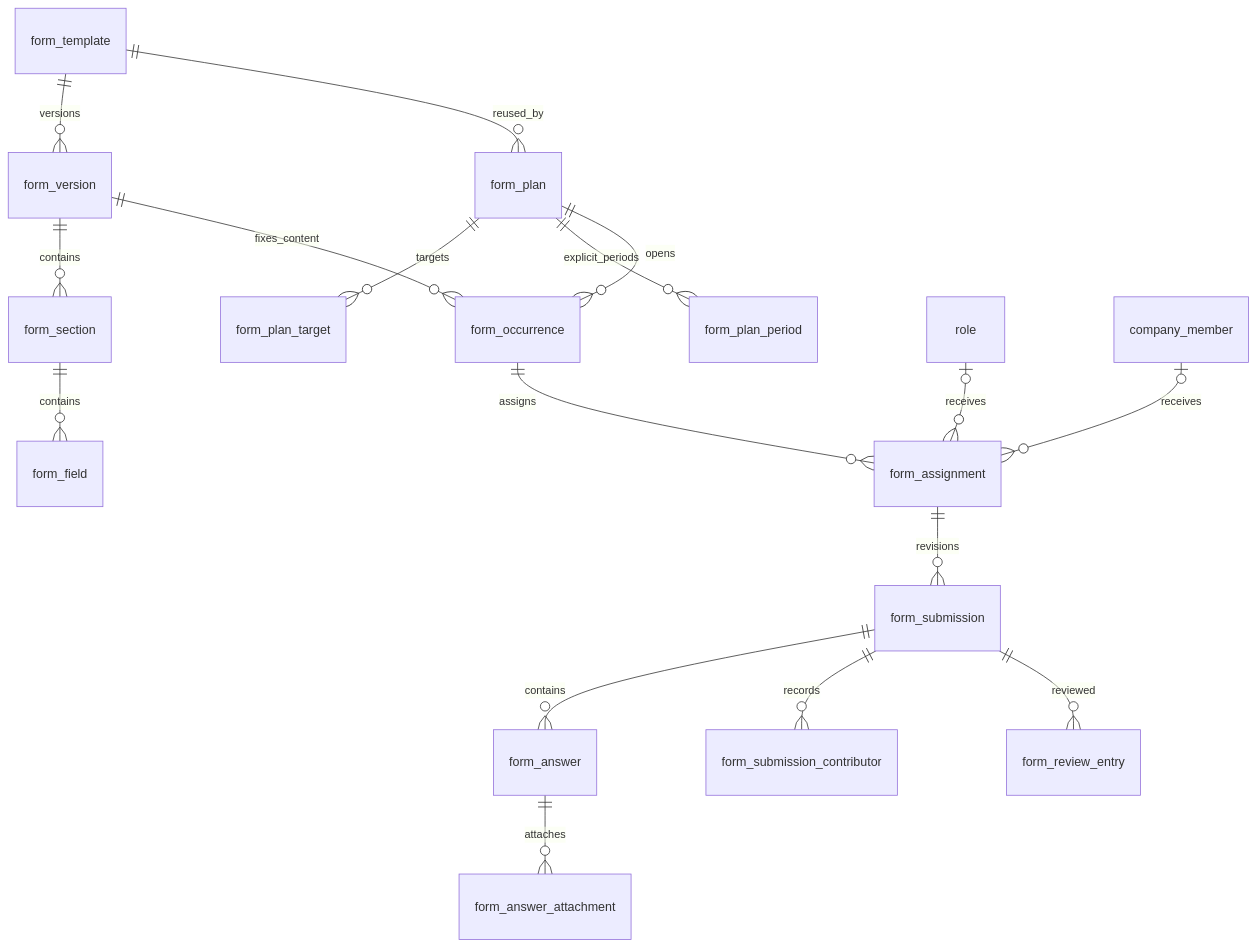
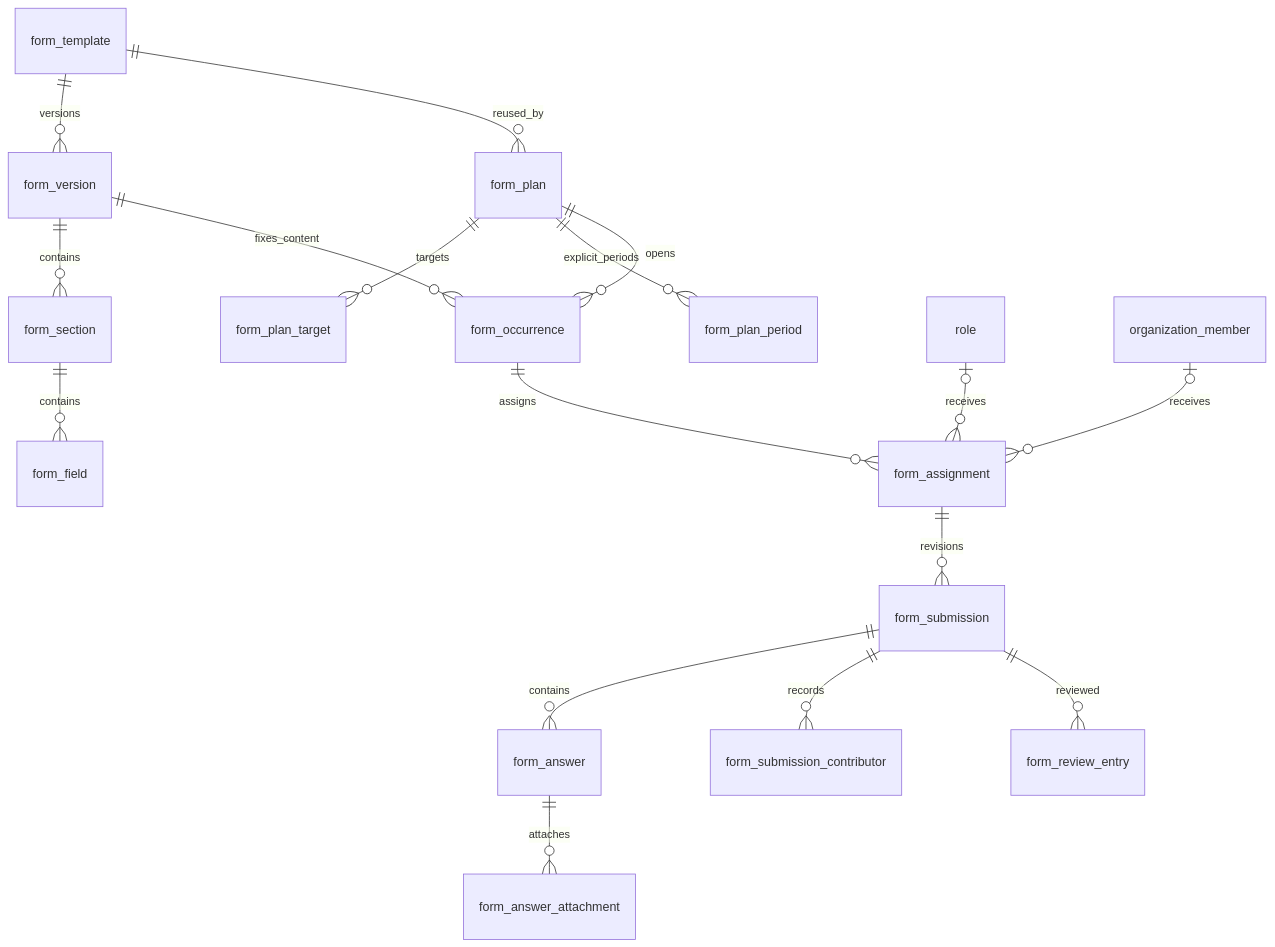
One commit to Apisit250aps/mini-security changed the first of 2 diagrams in packages/domains/docs/form-workflow-design.md. Above: the diagram before and after it, drawn with Mermaid. The commit also changed other lines of this file and 469 other files, not shown here.

First line of the commit message:
feat: add organization management features including relations, schema, use cases, and repositories

````diff
--- a/packages/domains/docs/form-workflow-design.md
+++ b/packages/domains/docs/form-workflow-design.md
@@ -21,19 +21,19 @@
 ```mermaid
 erDiagram
     form_template ||--o{ form_version : versions
     form_version ||--o{ form_section : contains
     form_section ||--o{ form_field : contains
     form_template ||--o{ form_plan : reused_by
     form_plan ||--o{ form_plan_target : targets
     form_plan ||--o{ form_plan_period : explicit_periods
     form_plan ||--o{ form_occurrence : opens
     form_version ||--o{ form_occurrence : fixes_content
     form_occurrence ||--o{ form_assignment : assigns
     role o|--o{ form_assignment : receives
-    company_member o|--o{ form_assignment : receives
+    organization_member o|--o{ form_assignment : receives
     form_assignment ||--o{ form_submission : revisions
     form_submission ||--o{ form_answer : contains
     form_answer ||--o{ form_answer_attachment : attaches
     form_submission ||--o{ form_submission_contributor : records
     form_submission ||--o{ form_review_entry : reviewed
 ```
````
